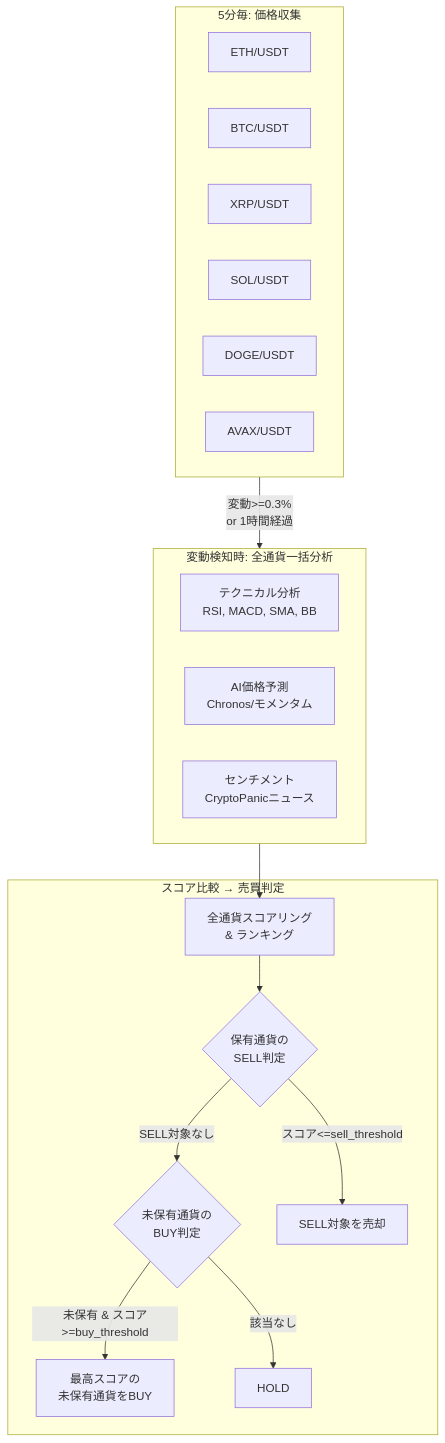
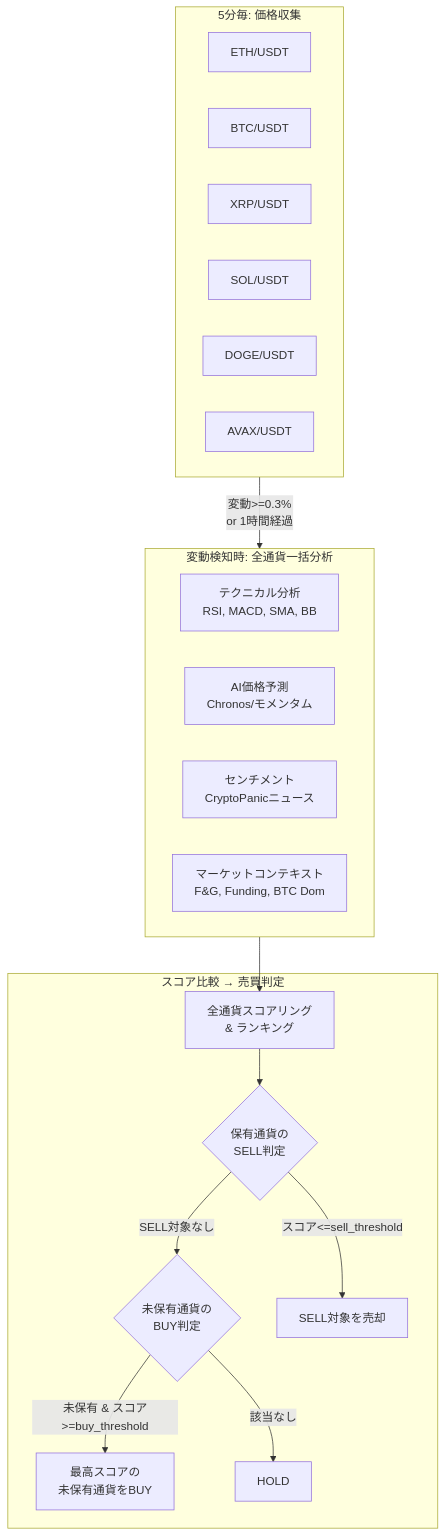
Before and after one commit to kiikun0530/crypto-trader: the diagram in docs/trading-strategy.md, drawn with Mermaid. The commit also changed other lines of this file and 4 other files, not shown here.

````diff
--- a/docs/trading-strategy.md
+++ b/docs/trading-strategy.md
@@ -9,29 +9,30 @@
 ```mermaid
 flowchart TD
     subgraph 収集["5分毎: 価格収集"]
         P1["ETH/USDT"] & P2["BTC/USDT"] & P3["XRP/USDT"] & P4["SOL/USDT"] & P5["DOGE/USDT"] & P6["AVAX/USDT"]
     end
 
     subgraph 分析["変動検知時: 全通貨一括分析"]
         A1["テクニカル分析<br/>RSI, MACD, SMA, BB"]
         A2["AI価格予測<br/>Chronos/モメンタム"]
         A3["センチメント<br/>CryptoPanicニュース"]
+        A4["マーケットコンテキスト<br/>F&G, Funding, BTC Dom"]
     end
 
     subgraph 判定["スコア比較 → 売買判定"]
         S["全通貨スコアリング<br/>& ランキング"]
         SELL_CHK{"保有通貨の<br/>SELL判定"}
         BUY_CHK{"未保有通貨の<br/>BUY判定"}
         SELL["SELL対象を売却"]
         BUY["最高スコアの<br/>未保有通貨をBUY"]
         HOLD["HOLD"]
     end
 
     収集 -->|"変動>=0.3%<br/>or 1時間経過"| 分析
     分析 --> S
     S --> SELL_CHK
     SELL_CHK -->|"スコア<=sell_threshold"| SELL
     SELL_CHK -->|"SELL対象なし"| BUY_CHK
     BUY_CHK -->|"未保有 & スコア>=buy_threshold"| BUY
     BUY_CHK -->|"該当なし"| HOLD
 ```
````
